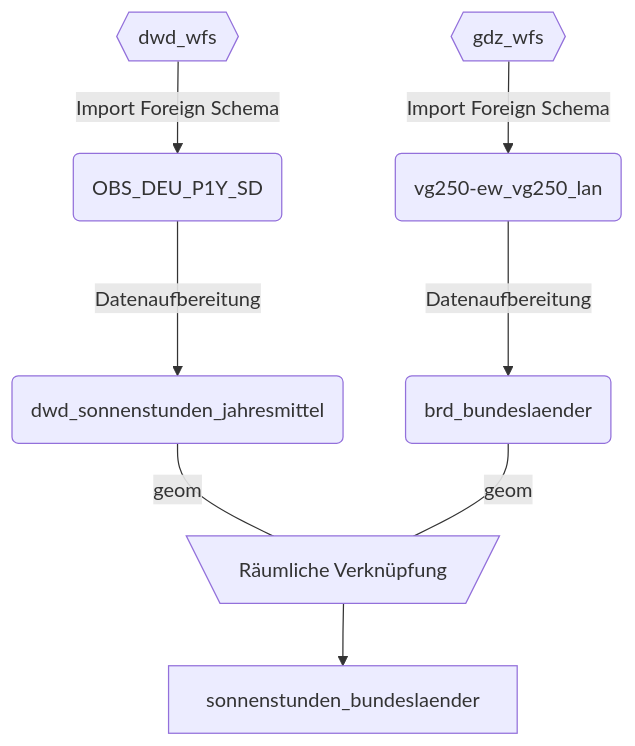
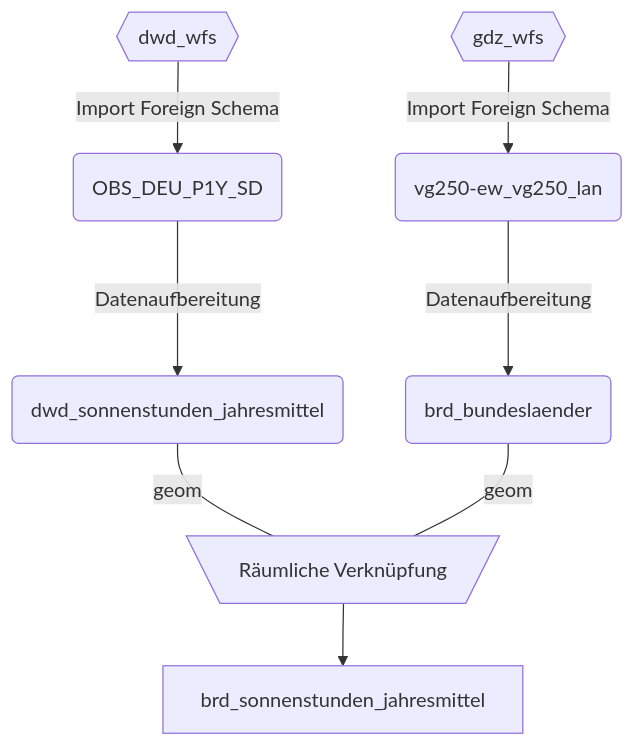
The second of 2 diagrams in readme.md (ArvoK/postgis-dwd), drawn with Mermaid before and after one commit.

````diff
--- a/readme.md
+++ b/readme.md
@@ -107,11 +107,10 @@
 ```mermaid
 flowchart TB
     A{{"dwd_wfs"}} -- Import Foreign Schema --> C("OBS_DEU_P1Y_SD")
     B{{"gdz_wfs"}} -- Import Foreign Schema --> D("vg250-ew_vg250_lan")
     C -- Datenaufbereitung ---> A2("dwd_sonnenstunden_jahresmittel")
     D -- Datenaufbereitung ---> B2("brd_bundeslaender")
     A2 -- geom --- E[\"Räumliche Verknüpfung"/]
     B2 -- geom --- E
-
-    E --> n1["sonnenstunden_bundeslaender"]
+    E --> n1["brd_sonnenstunden_jahresmittel"]
 ```
````
